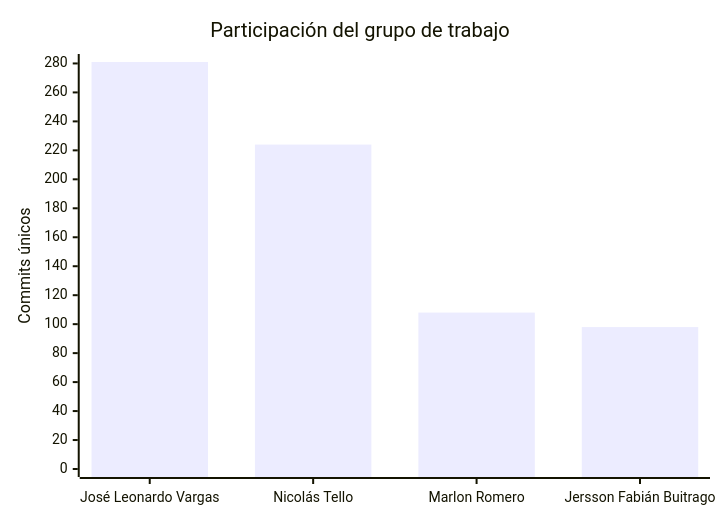
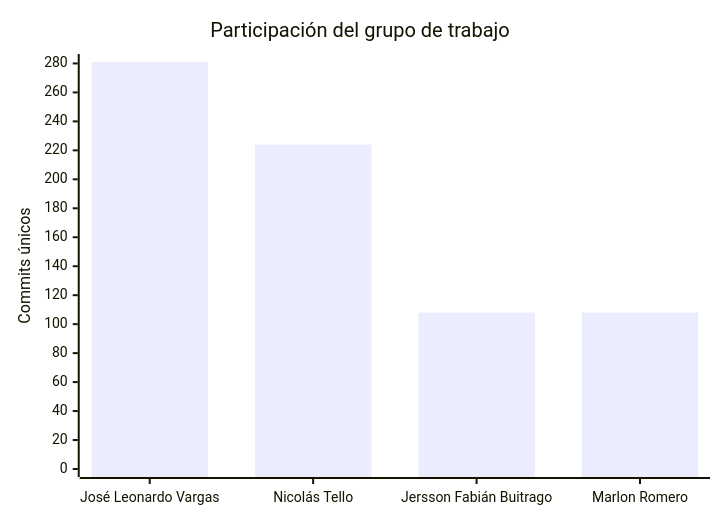
Before and after one commit to FarmaExpres/FarmaExpres: the second of 2 diagrams in README.md, drawn with Mermaid. The commit also changed other lines of this file and 1 other file, not shown here.

````diff
--- a/README.md
+++ b/README.md
@@ -403,7 +403,7 @@
 ```mermaid
 xychart-beta
     title "Participación del grupo de trabajo"
-    x-axis ["José Leonardo Vargas", "Nicolás Tello", "Marlon Romero", "Jersson Fabián Buitrago"]
+    x-axis ["José Leonardo Vargas", "Nicolás Tello", "Jersson Fabián Buitrago", "Marlon Romero"]
     y-axis "Commits únicos" 0 --> 281
-    bar [281, 224, 108, 98]
+    bar [281, 224, 108, 108]
 ```
````
